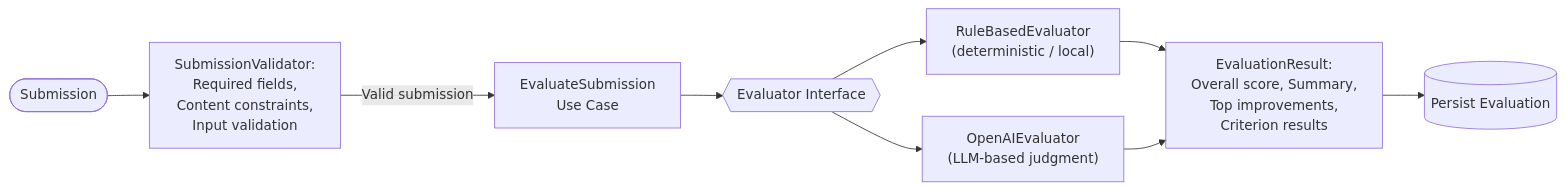
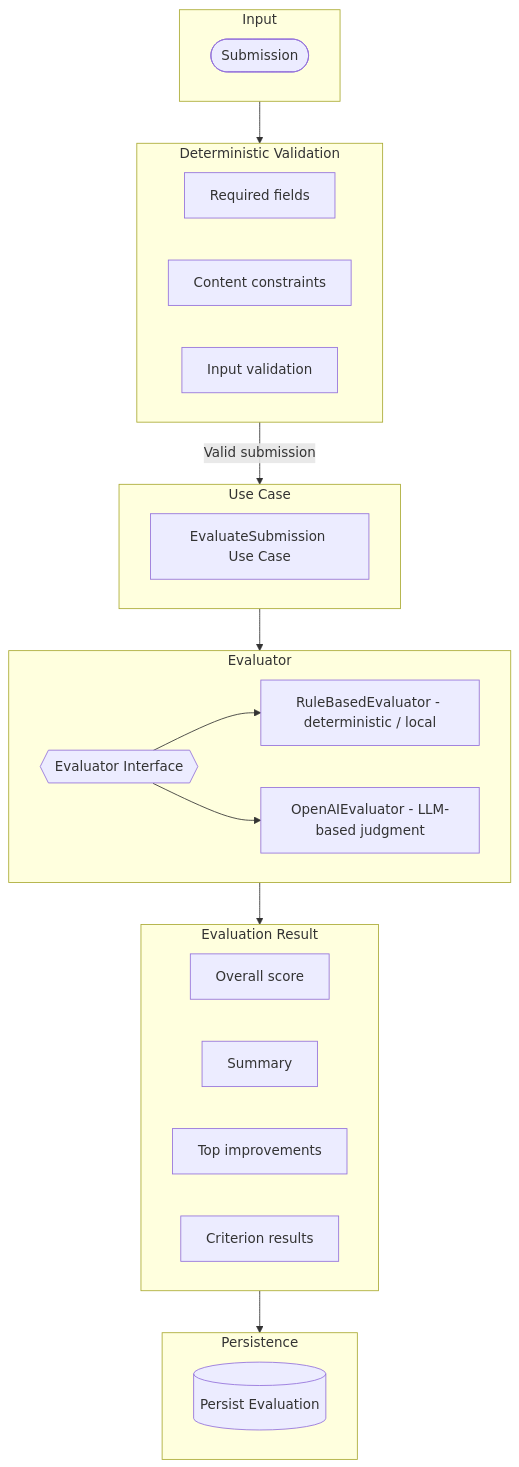
One commit to shaurya-sehgal5/LLD changed the third of 7 diagrams in README.md. Above: the diagram before and after it, drawn with Mermaid. The commit also changed other lines of this file, not shown here.

````diff
--- a/README.md
+++ b/README.md
@@ -206,11 +260,47 @@
 ```mermaid
-flowchart LR
-    S(["Submission"]) --> V["SubmissionValidator:<br/>Required fields,<br/>Content constraints,<br/>Input validation"]
-    V -->|Valid submission| U["EvaluateSubmission<br/>Use Case"]
-    U --> EI{{Evaluator Interface}}
-    EI --> R1["RuleBasedEvaluator<br/>(deterministic / local)"]
-    EI --> R2["OpenAIEvaluator<br/>(LLM-based judgment)"]
-    R1 --> RES["EvaluationResult:<br/>Overall score, Summary,<br/>Top improvements,<br/>Criterion results"]
-    R2 --> RES
-    RES --> P[("Persist Evaluation")]
+flowchart TB
+    subgraph ST1[Input]
+        direction LR
+        S(["Submission"])
+    end
+
+    subgraph ST2[Deterministic Validation]
+        direction LR
+        V1[Required fields]
+        V2[Content constraints]
+        V3[Input validation]
+    end
+
+    subgraph ST3[Use Case]
+        direction LR
+        U["EvaluateSubmission Use Case"]
+    end
+
+    subgraph ST4[Evaluator]
+        direction LR
+        EI{{Evaluator Interface}}
+        R1["RuleBasedEvaluator - deterministic / local"]
+        R2["OpenAIEvaluator - LLM-based judgment"]
+        EI --> R1
+        EI --> R2
+    end
+
+    subgraph ST5[Evaluation Result]
+        direction LR
+        RE1[Overall score]
+        RE2[Summary]
+        RE3[Top improvements]
+        RE4[Criterion results]
+    end
+
+    subgraph ST6[Persistence]
+        direction LR
+        P[("Persist Evaluation")]
+    end
+
+    ST1 --> ST2
+    ST2 -->|Valid submission| ST3
+    ST3 --> ST4
+    ST4 --> ST5
+    ST5 --> ST6
 ```
````
